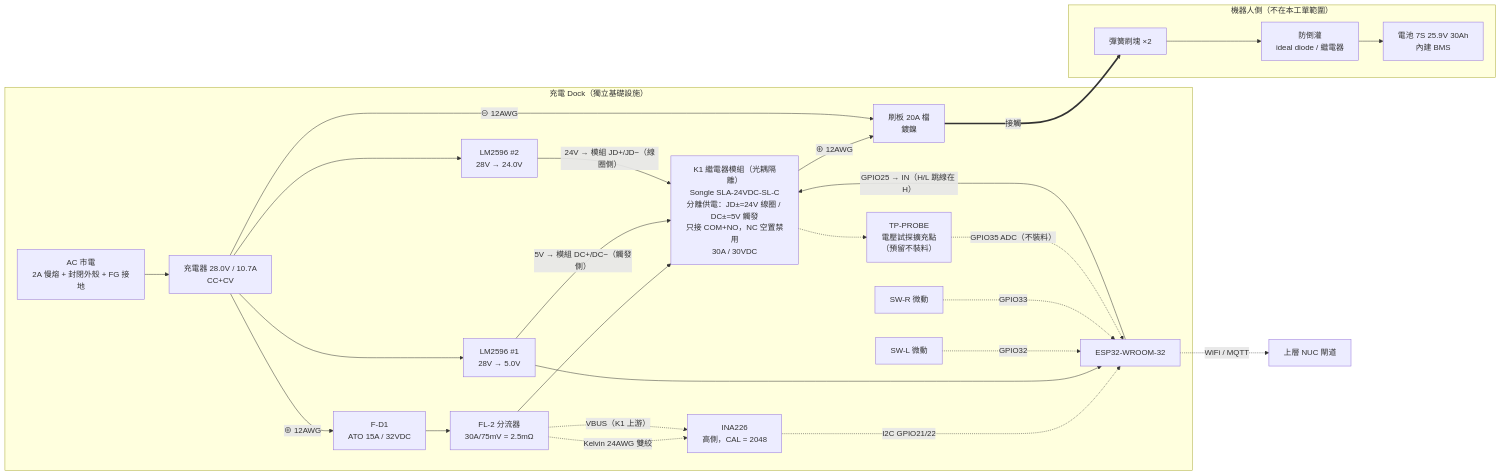
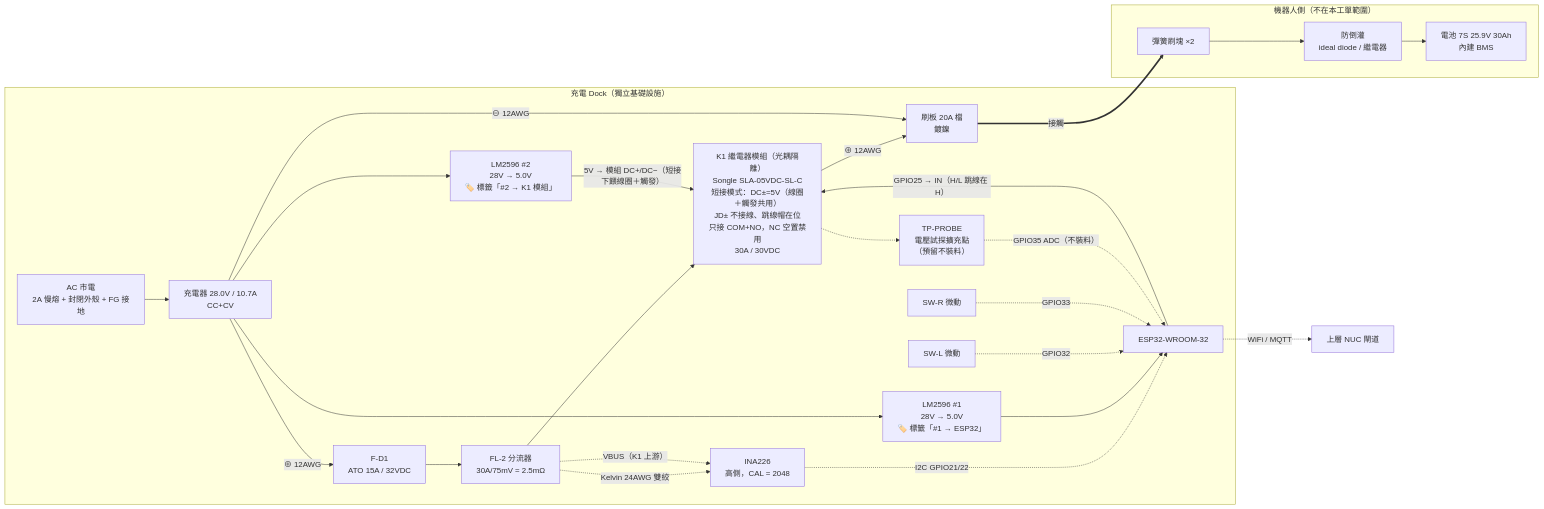
Before and after one commit to liang0929/delivery_robot: the first of 2 diagrams in docs/charging_dock_design.md, drawn with Mermaid. The commit also changed other lines of this file, not shown here.

````diff
--- a/docs/charging_dock_design.md
+++ b/docs/charging_dock_design.md
@@ -59,41 +62,40 @@
 ```mermaid
 flowchart LR
     subgraph DOCK["充電 Dock（獨立基礎設施）"]
         AC["AC 市電<br/>2A 慢熔 + 封閉外殼 + FG 接地"]
         CHG["充電器 28.0V / 10.7A<br/>CC+CV"]
         FD1["F-D1<br/>ATO 15A / 32VDC"]
         SH["FL-2 分流器<br/>30A/75mV = 2.5mΩ"]
-        K1["K1 繼電器模組（光耦隔離）<br/>Songle SLA-24VDC-SL-C<br/>分離供電：JD±=24V 線圈 / DC±=5V 觸發<br/>只接 COM+NO，NC 空置禁用<br/>30A / 30VDC"]
+        K1["K1 繼電器模組（光耦隔離）<br/>Songle SLA-05VDC-SL-C<br/>短接模式：DC±=5V（線圈＋觸發共用）<br/>JD± 不接線、跳線帽在位<br/>只接 COM+NO，NC 空置禁用<br/>30A / 30VDC"]
         BR["刷板 20A 檔<br/>鍍鎳"]
         INA["INA226<br/>高側，CAL = 2048"]
         ESP["ESP32-WROOM-32"]
-        BK1["LM2596 #1<br/>28V → 5.0V"]
-        BK2["LM2596 #2<br/>28V → 24.0V"]
+        BK1["LM2596 #1<br/>28V → 5.0V<br/>🏷️ 標籤「#1 → ESP32」"]
+        BK2["LM2596 #2<br/>28V → 5.0V<br/>🏷️ 標籤「#2 → K1 模組」"]
         SWL["SW-L 微動"]
         SWR["SW-R 微動"]
         TP["TP-PROBE<br/>電壓試探擴充點<br/>（預留不裝料）"]
     end
 
     subgraph ROBOT["機器人側（不在本工單範圍）"]
         BRUSH["彈簧刷塊 ×2"]
         AD["防倒灌<br/>ideal diode / 繼電器"]
         BAT["電池 7S 25.9V 30Ah<br/>內建 BMS"]
     end
 
     AC --> CHG
     CHG -->|"⊕ 12AWG"| FD1 --> SH --> K1 -->|"⊕ 12AWG"| BR
     CHG -->|"⊖ 12AWG"| BR
     SH -.->|"Kelvin 24AWG 雙絞"| INA
     SH -.->|"VBUS（K1 上游）"| INA
     INA -.->|"I2C GPIO21/22"| ESP
     CHG --> BK1 --> ESP
-    BK1 -->|"5V → 模組 DC+/DC−（觸發側）"| K1
-    CHG --> BK2 -->|"24V → 模組 JD+/JD−（線圈側）"| K1
+    CHG --> BK2 -->|"5V → 模組 DC+/DC−（短接下餵線圈＋觸發）"| K1
     ESP -->|"GPIO25 → IN（H/L 跳線在 H）"| K1
     SWL -.->|"GPIO32"| ESP
     SWR -.->|"GPIO33"| ESP
     K1 -.-> TP
     TP -.->|"GPIO35 ADC（不裝料）"| ESP
     BR ==>|"接觸"| BRUSH --> AD --> BAT
     ESP -.->|"WiFi / MQTT"| NUC["上層 NUC 閘道"]
 ```
````
